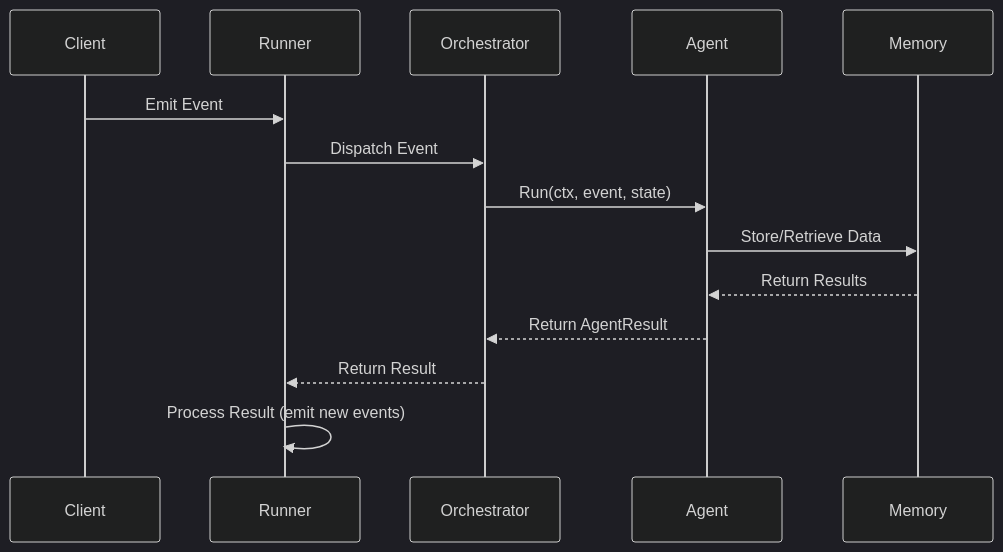
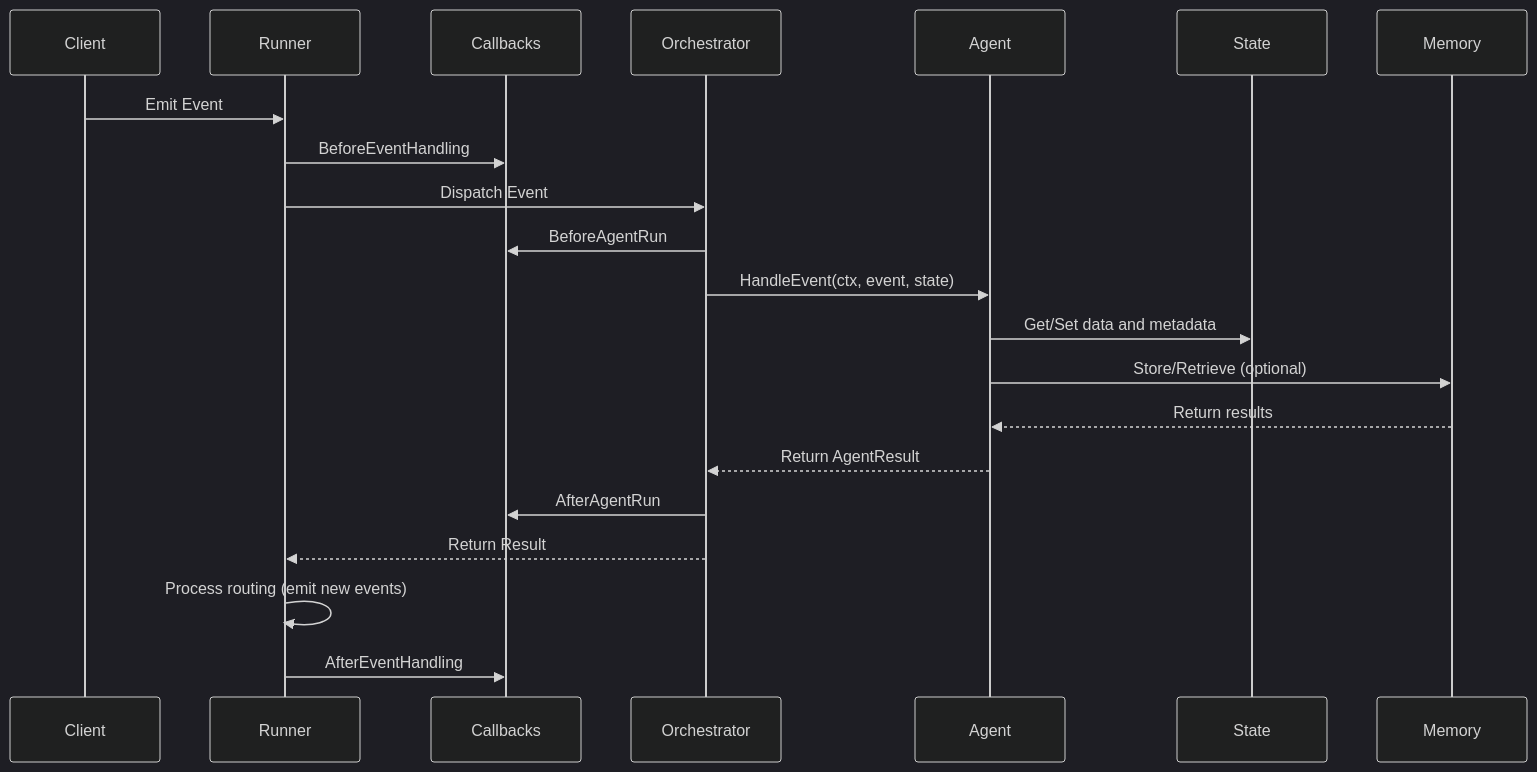
Before and after one commit to AgenticGoKit/AgenticGoKit: the second of 2 diagrams in docs/tutorials/core-concepts/README.md, drawn with Mermaid (dark theme). The commit also changed other lines of this file and 93 other files, not shown here.

````diff
--- a/docs/tutorials/core-concepts/README.md
+++ b/docs/tutorials/core-concepts/README.md
@@ -103,17 +202,24 @@
 ```mermaid
 sequenceDiagram
     participant Client
     participant Runner
+    participant Callbacks
     participant Orchestrator
     participant Agent
+    participant State
     participant Memory
     
     Client->>Runner: Emit Event
+    Runner->>Callbacks: BeforeEventHandling
     Runner->>Orchestrator: Dispatch Event
-    Orchestrator->>Agent: Run(ctx, event, state)
-    Agent->>Memory: Store/Retrieve Data
-    Memory-->>Agent: Return Results
+    Orchestrator->>Callbacks: BeforeAgentRun
+    Orchestrator->>Agent: HandleEvent(ctx, event, state)
+    Agent->>State: Get/Set data and metadata
+    Agent->>Memory: Store/Retrieve (optional)
+    Memory-->>Agent: Return results
     Agent-->>Orchestrator: Return AgentResult
+    Orchestrator->>Callbacks: AfterAgentRun
     Orchestrator-->>Runner: Return Result
-    Runner->>Runner: Process Result (emit new events)
+    Runner->>Runner: Process routing (emit new events)
+    Runner->>Callbacks: AfterEventHandling
 ```
````
